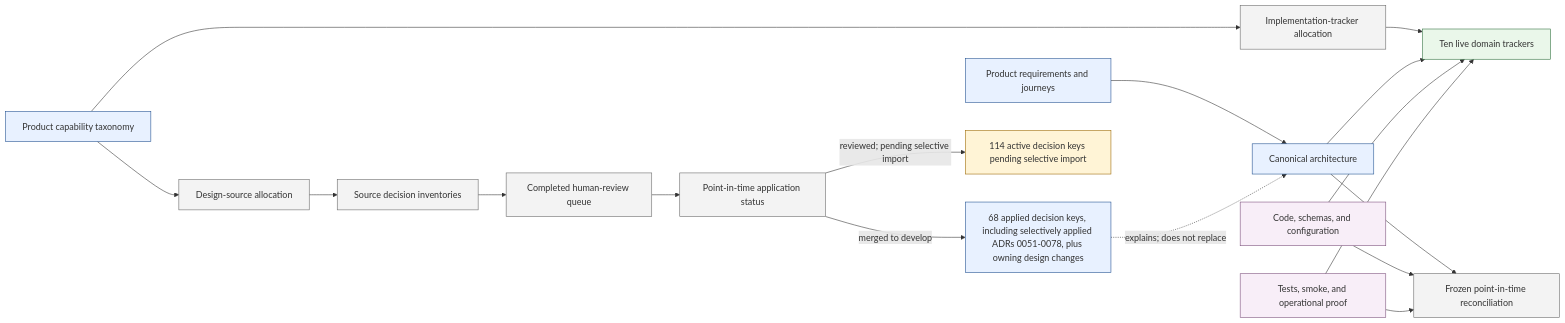
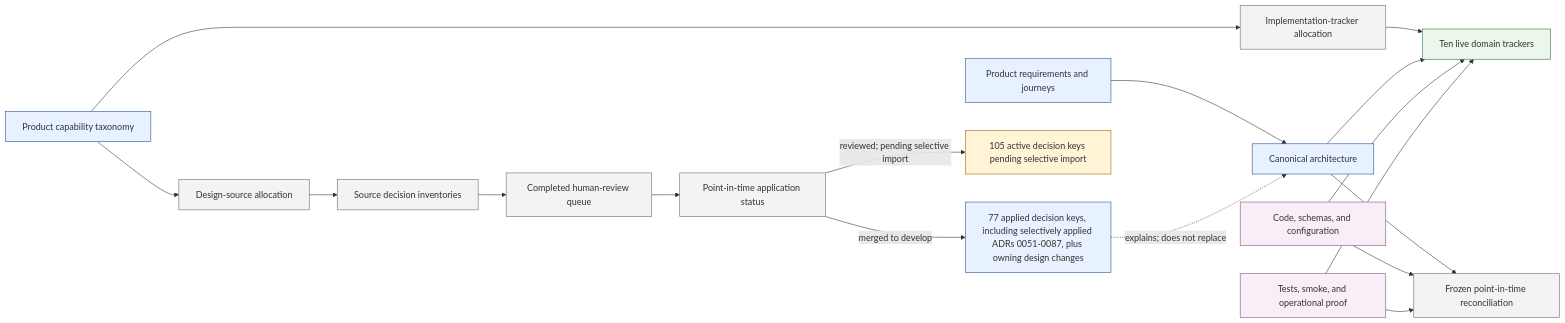
One commit to benhook1013/FireMUD changed the diagram in design/project-management/design-alignment/README.md. Above: the diagram before and after it, drawn with Mermaid. The commit also changed other lines of this file and 37 other files, not shown here.

````diff
--- a/design/project-management/design-alignment/README.md
+++ b/design/project-management/design-alignment/README.md
@@ -27,27 +27,27 @@
 ```mermaid
 flowchart LR
     PRODUCT[Product requirements and journeys]:::canonical --> ARCH[Canonical architecture]:::canonical
     TAXONOMY[Product capability taxonomy]:::canonical --> DESIGN_ALLOC[Design-source allocation]:::alignment
     DESIGN_ALLOC --> SOURCE_INV[Source decision inventories]:::alignment
     SOURCE_INV --> HUMAN_QUEUE[Completed human-review queue]:::alignment
     HUMAN_QUEUE --> APPLY[Point-in-time application status]:::alignment
-    APPLY -->|merged to develop| ADRS[68 applied decision keys, including selectively applied ADRs 0051-0078, plus owning design changes]:::canonical
+    APPLY -->|merged to develop| ADRS[77 applied decision keys, including selectively applied ADRs 0051-0087, plus owning design changes]:::canonical
     ADRS -. explains; does not replace .-> ARCH
-    APPLY -->|reviewed; pending selective import| PENDING[114 active decision keys pending selective import]:::pending
+    APPLY -->|reviewed; pending selective import| PENDING[105 active decision keys pending selective import]:::pending
 
     TAXONOMY --> TRACKER_ALLOC[Implementation-tracker allocation]:::alignment
     TRACKER_ALLOC --> TRACKERS[Ten live domain trackers]:::status
     ARCH --> TRACKERS
     CODE[Code, schemas, and configuration]:::evidence --> TRACKERS
     PROOF[Tests, smoke, and operational proof]:::evidence --> TRACKERS
 
     ARCH --> RECON[Frozen point-in-time reconciliation]:::alignment
     CODE --> RECON
     PROOF --> RECON
 
     classDef canonical fill:#e8f1ff,stroke:#1f4f8f
     classDef alignment fill:#f3f3f3,stroke:#666
     classDef pending fill:#fff4d6,stroke:#9a6700
     classDef status fill:#eaf7ea,stroke:#2f6f3e
     classDef evidence fill:#f8eef8,stroke:#7a4e7a
 ```
````
